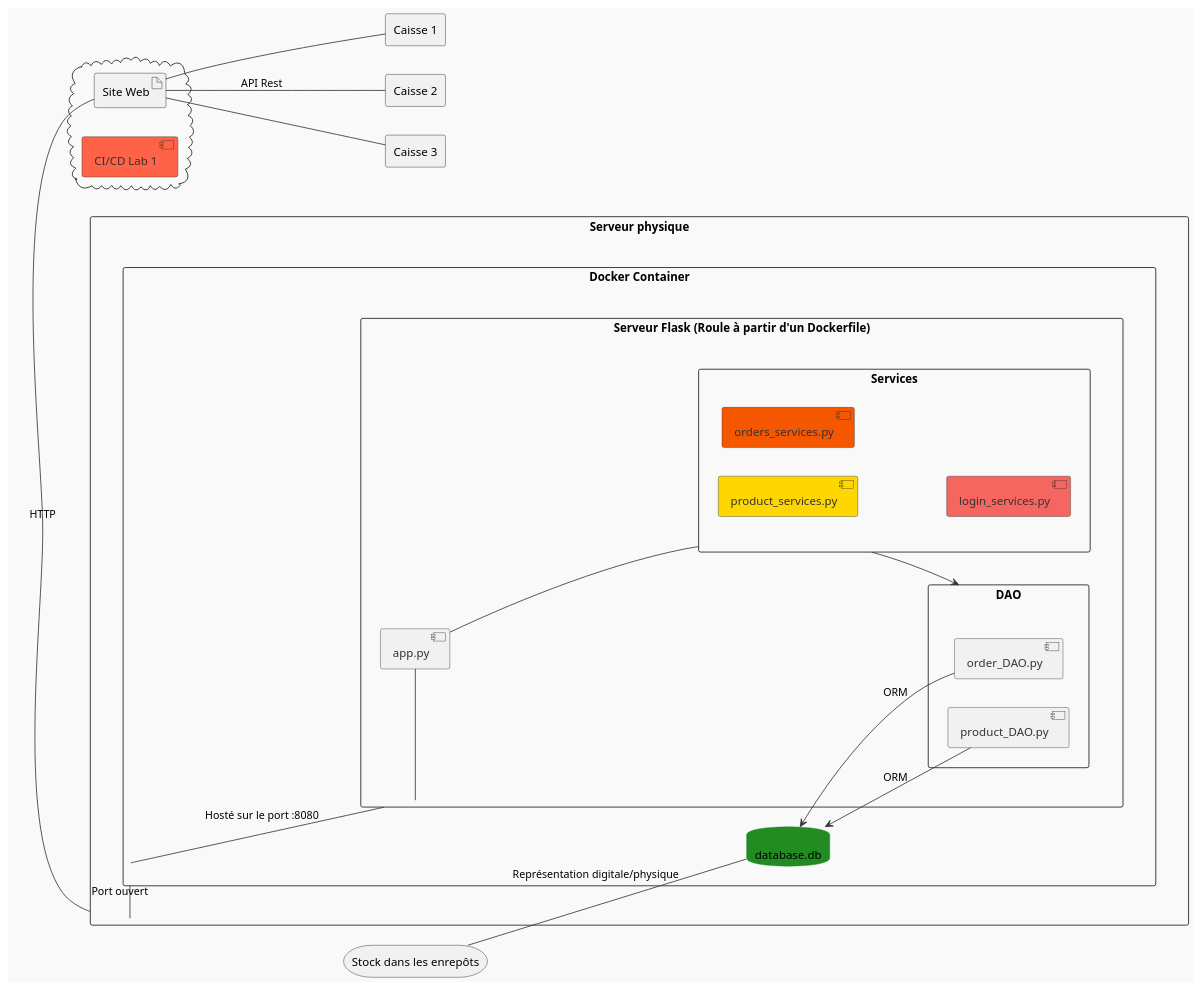
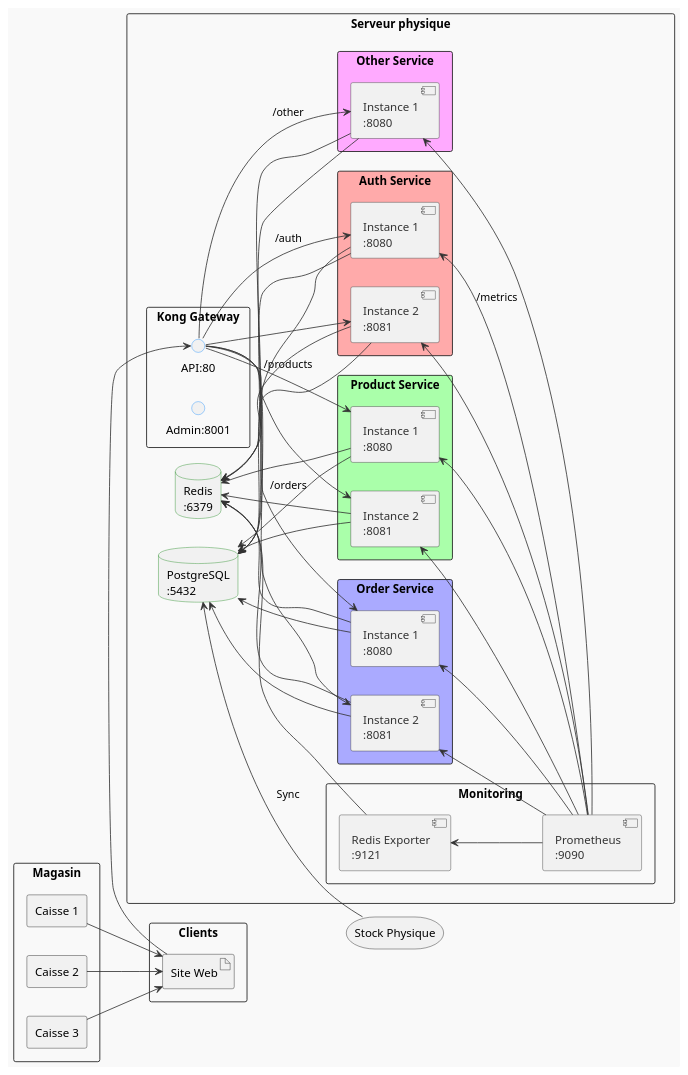
One commit to ErwanDerrien/GestionnaireMagasin changed the diagram in documentation/UML/Deploiement/ContexteTechnique.puml. Above: the diagram before and after it, drawn with PlantUML. The commit also changed 14 other files, not shown here.

```diff
--- a/documentation/UML/Deploiement/ContexteTechnique.puml
+++ b/documentation/UML/Deploiement/ContexteTechnique.puml
@@ -1,62 +1,117 @@
 @startuml ContexteTechnique
 
 left to right direction
 
 skinparam {
     BackgroundColor #F9F9F9
     ArrowColor #333333
     ComponentBorderColor #333333
     ComponentFontColor #333333
     DatabaseBorderColor #228B22
     QueueBorderColor #FF8C00
     InterfaceBorderColor #1E90FF
 }
 
+left to right direction
 
-rectangle "Serveur physique" as sp {
-    rectangle "Docker Container" as dc {
+' ==== Clients ====
+rectangle "Clients" as clients {
+    artifact "Site Web" as web
+}
 
-        rectangle "Serveur Flask (Roule à partir d'un Dockerfile)" as sc {
-            component "app.py" as sm
-            rectangle Services {
-                component "product_services.py" as products #FFD700
-                component "orders_services.py" as orders #F55700
-                component "login_services.py" as login #F56660
+' ==== Magasin ====
+rectangle "Magasin" as mag {
+    artifact "Site Web" as web
+    rectangle "Caisse 1" as c1
+    rectangle "Caisse 2" as c2
+    rectangle "Caisse 3" as c3
+}
+
+rectangle "Serveur physique" {
+
+    ' ==== Containers ====
+    rectangle "Kong Gateway" as kong {
+        interface "API:80" as api
+        interface "Admin:8001" as admin
+    }
+
+    rectangle "Auth Service" as auth #FFAAAA {
+        component "Instance 1\n:8080" as auth1
+        component "Instance 2\n:8081" as auth2
+    }
+
+    rectangle "Product Service" as prod #AAFFAA {
+        component "Instance 1\n:8080" as prod1
+        component "Instance 2\n:8081" as prod2
+    }
+
+    rectangle "Order Service" as order #AAAAFF {
+        component "Instance 1\n:8080" as order1
+        component "Instance 2\n:8081" as order2
+    }
+
+    rectangle "Other Service" as other #FFAAFF {
+        component "Instance 1\n:8080" as other1
+    }
+
+    rectangle "Monitoring" as monit {
+        component "Prometheus\n:9090" as prom
+        component "Redis Exporter\n:9121" as rexp
+    }
+
+    database "PostgreSQL\n:5432" as pg
+    database "Redis\n:6379" as redis
+}
 
 
-            }
-            rectangle DAO {
-                component "product_DAO.py" as pdao
-                component "order_DAO.py" as odao
-            }
-        }
-        database "database.db" as db #228B22
-    }
-    dc -- sc : "Hosté sur le port :8080"
-}
 
-rectangle "Caisse 1" as c1
-rectangle "Caisse 2" as c2
-rectangle "Caisse 3" as c3
+storage "Stock Physique" as stock
 
-cloud {
-    component "CI/CD Lab 1" as cicd #FF6347
-    artifact "Site Web" as sw
-}
-storage "Stock dans les enrepôts" as se
+' ==== Connexions ====
+' Clients vers Kong
+web -r-> api
+c1 --> web
+c2 --> web
+c3 --> web
 
-Services --> DAO
+' Kong vers Services
+api -d-> auth1 : /auth
+api -d-> auth2
+api -d-> prod1 : /products
+api -d-> prod2
+api -d-> order1 : /orders
+api -d-> order2
+api -d-> other1 : /other
 
-db <-- pdao : ORM
-db <-- odao : ORM
+' Services vers Bases
+auth1 -u-> pg
+auth2 -u-> pg
+prod1 -u-> pg
+prod2 -u-> pg
+order1 -u-> pg
+order2 -u-> pg
+other1 -u-> pg
 
-se -- db : Représentation digitale/physique
-sp - dc : Port ouvert
-sw - sp : HTTP
-sm - sc
-sm -- Services
-sw -- c1
-sw -- c2 : "API Rest"
-sw -- c3
+auth1 -u-> redis
+auth2 -u-> redis
+prod1 -u-> redis
+prod2 -u-> redis
+order1 -u-> redis
+order2 -u-> redis
+other1 -u-> redis
+
+' Monitoring
+prom -u-> auth1 : /metrics
+prom -u-> auth2
+prom -u-> prod1
+prom -u-> prod2
+prom -u-> order1
+prom -u-> order2
+prom -u-> other1
+prom -u-> rexp
+rexp -u-> redis
+
+' Stock
+stock -u-> pg : Sync
 
 @enduml
```
